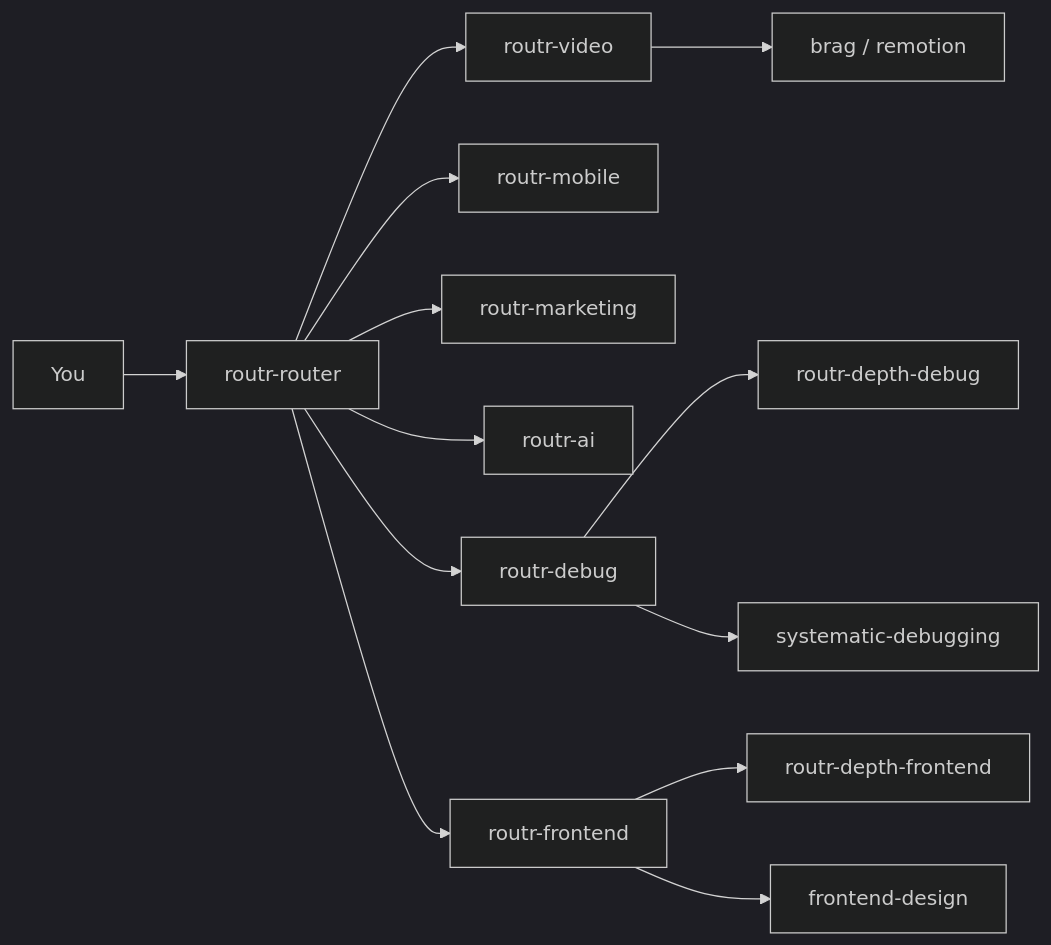
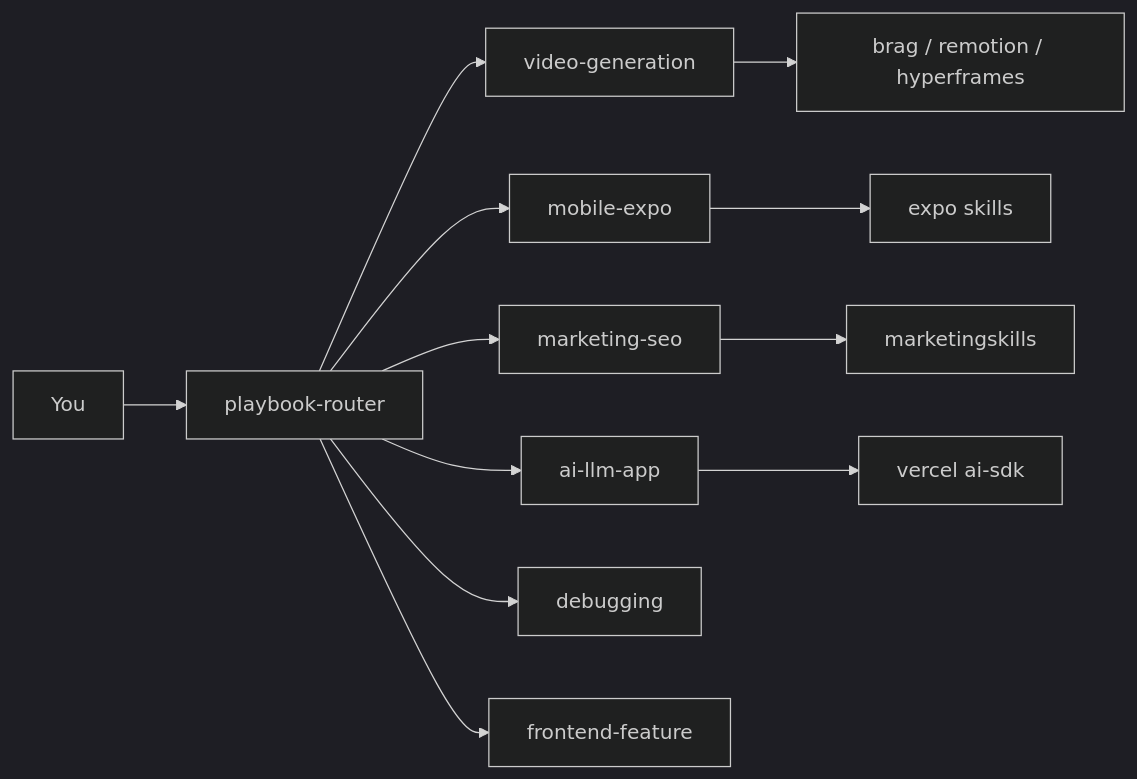
The diagram in README.md (TeckTinkerere/ROUTR), drawn with Mermaid (dark theme) before and after one commit. The commit also changed other lines of this file and 9 other files, not shown here.

First line of the commit message:
ROUTR v1.3: video generation playbooks + leaderboard

````diff
--- a/README.md
+++ b/README.md
@@ -179,15 +196,14 @@
 ```mermaid
 flowchart LR
-    U[You] --> R[routr-router]
-    R --> V[routr-video]
-    R --> M[routr-mobile]
-    R --> K[routr-marketing]
-    R --> A[routr-ai]
-    R --> D[routr-debug]
-    R --> F[routr-frontend]
-    D --> FD[routr-depth-debug]
-    F --> FF[routr-depth-frontend]
-    V --> S4[brag / remotion]
-    D --> S1[systematic-debugging]
-    F --> S2[frontend-design]
+    U[You] --> R[playbook-router]
+    R --> V[video-generation]
+    R --> M[mobile-expo]
+    R --> K[marketing-seo]
+    R --> A[ai-llm-app]
+    R --> D[debugging]
+    R --> F[frontend-feature]
+    V --> S4[brag / remotion / hyperframes]
+    M --> S1[expo skills]
+    K --> S2[marketingskills]
+    A --> S3[vercel ai-sdk]
 ```
````
